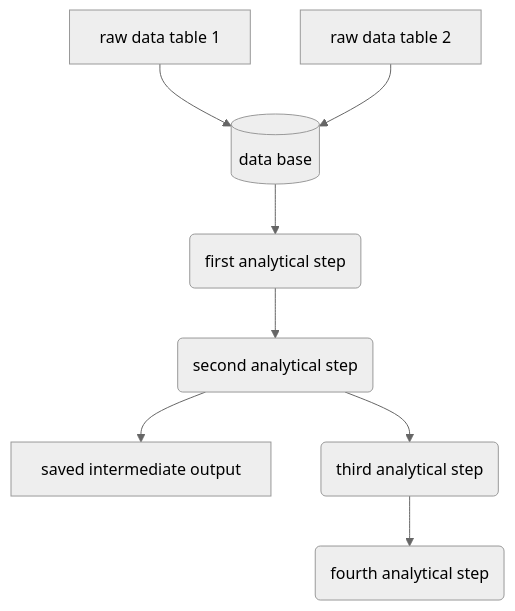
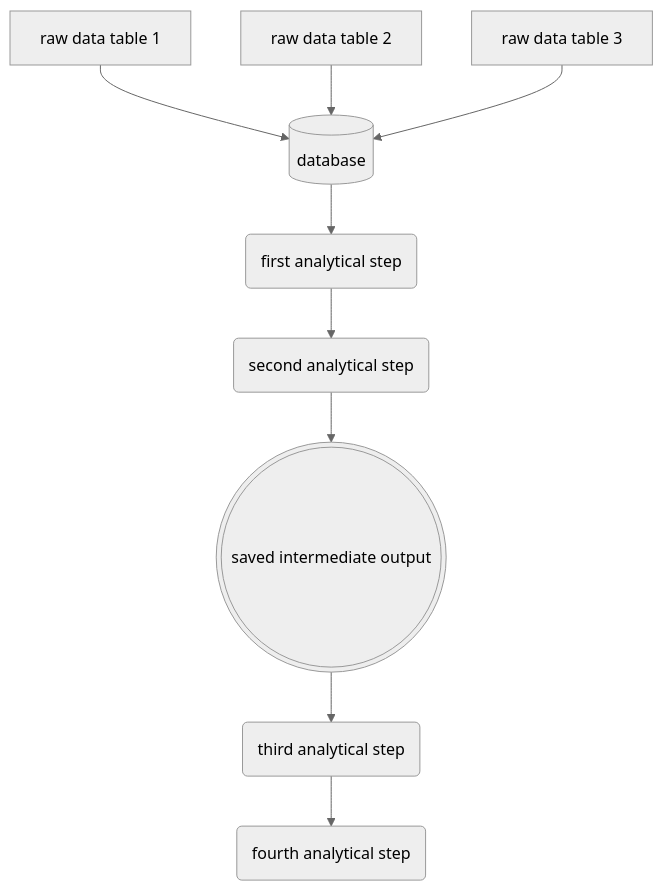
One commit to analyticalworkflows/TeachingMaterials changed the first of 2 diagrams in classes/WorkflowDiagrams/mermaid_demo.md. Above: the diagram before and after it, drawn with Mermaid (neutral theme).

````diff
--- a/classes/WorkflowDiagrams/mermaid_demo.md
+++ b/classes/WorkflowDiagrams/mermaid_demo.md
@@ -5,11 +5,12 @@
 ```mermaid
 
 flowchart TD;
-      A[raw data table 1]-->C[(data base)];
+      A[raw data table 1]-->C[(database)];
       B[raw data table 2]-->C;
+      X[raw data table 3]-->C;
       C-->D(first analytical step);
       D-->E(second analytical step);
-      E-->F[saved intermediate output];
-      E-->G(third analytical step);
+      E-->F(((saved intermediate output)));
+      F-->G(third analytical step);
       G-->H(fourth analytical step);
 ```
````
